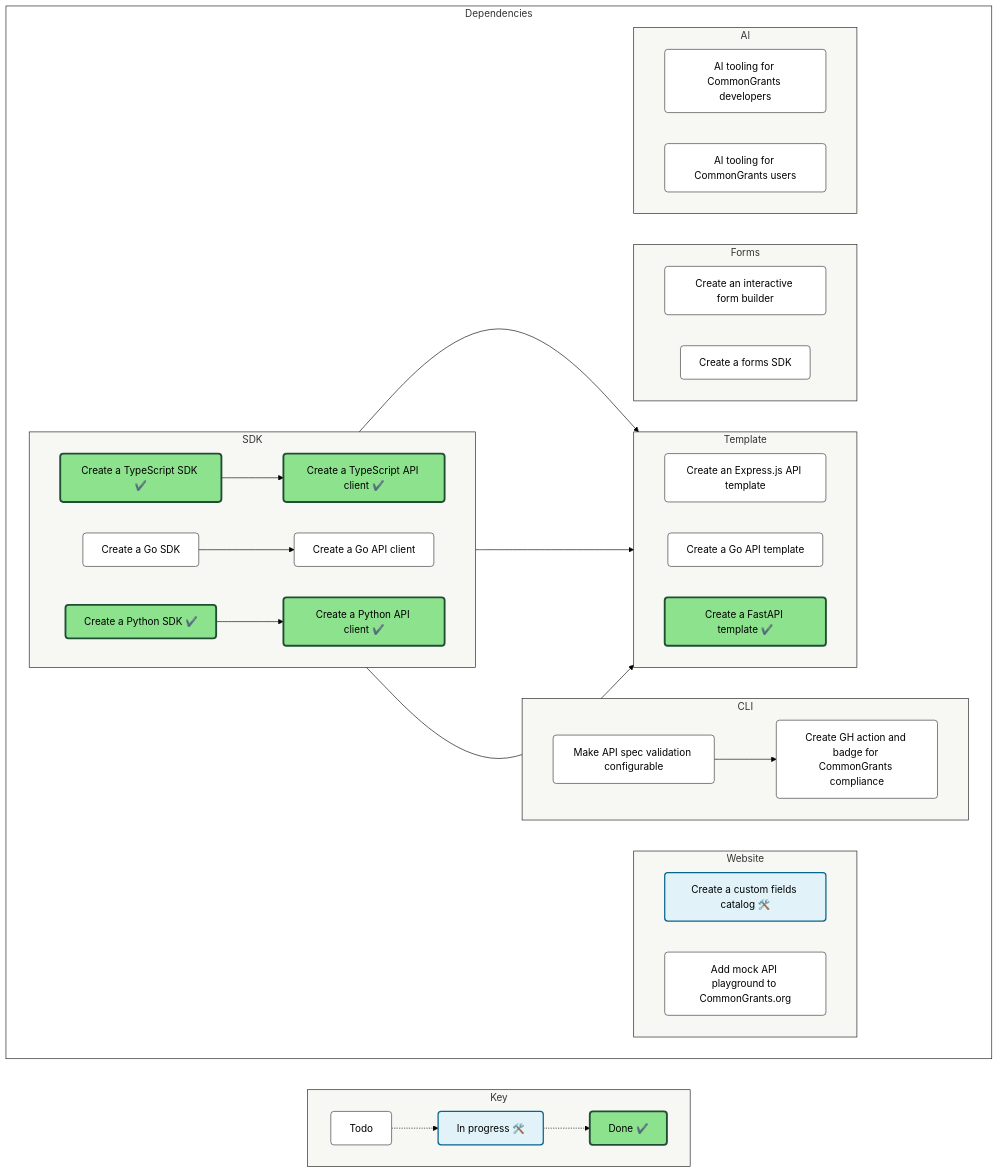
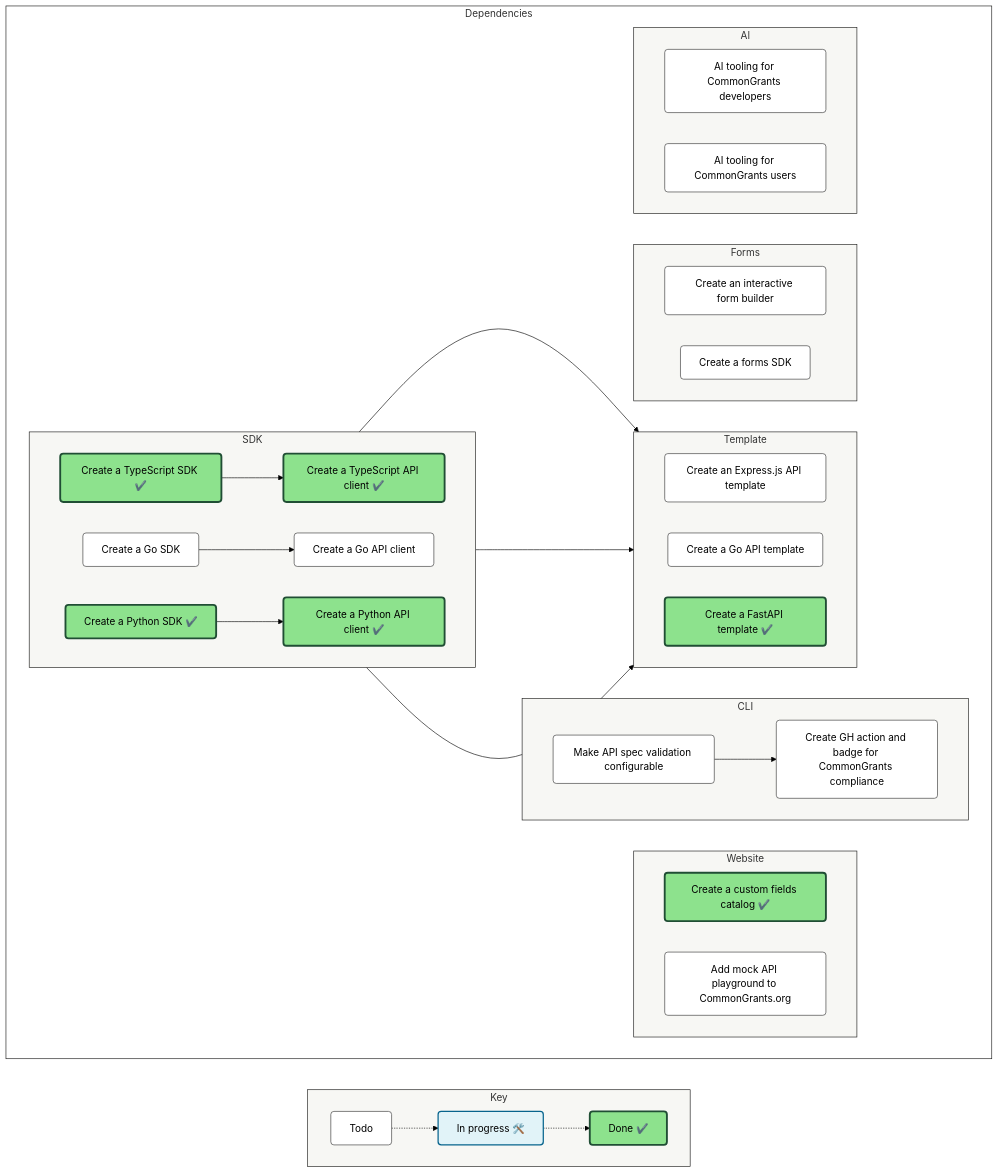
One commit to HHS/simpler-grants-protocol changed the diagram in README.md. Above: the diagram before and after it, drawn with Mermaid (forest theme). The commit also changed 9 other files, not shown here.

```diff
--- a/README.md
+++ b/README.md
@@ -94,7 +94,7 @@
 
     subgraph website["Website"]
     direction LR
-        HHS/simpler-grants-protocol#330["Create a custom fields catalog 🛠️"]:::InProgress
+        HHS/simpler-grants-protocol#330["Create a custom fields catalog ✔️"]:::Done
         HHS/simpler-grants-protocol#334["Add mock API playground to CommonGrants.org"]
     end
 
```
